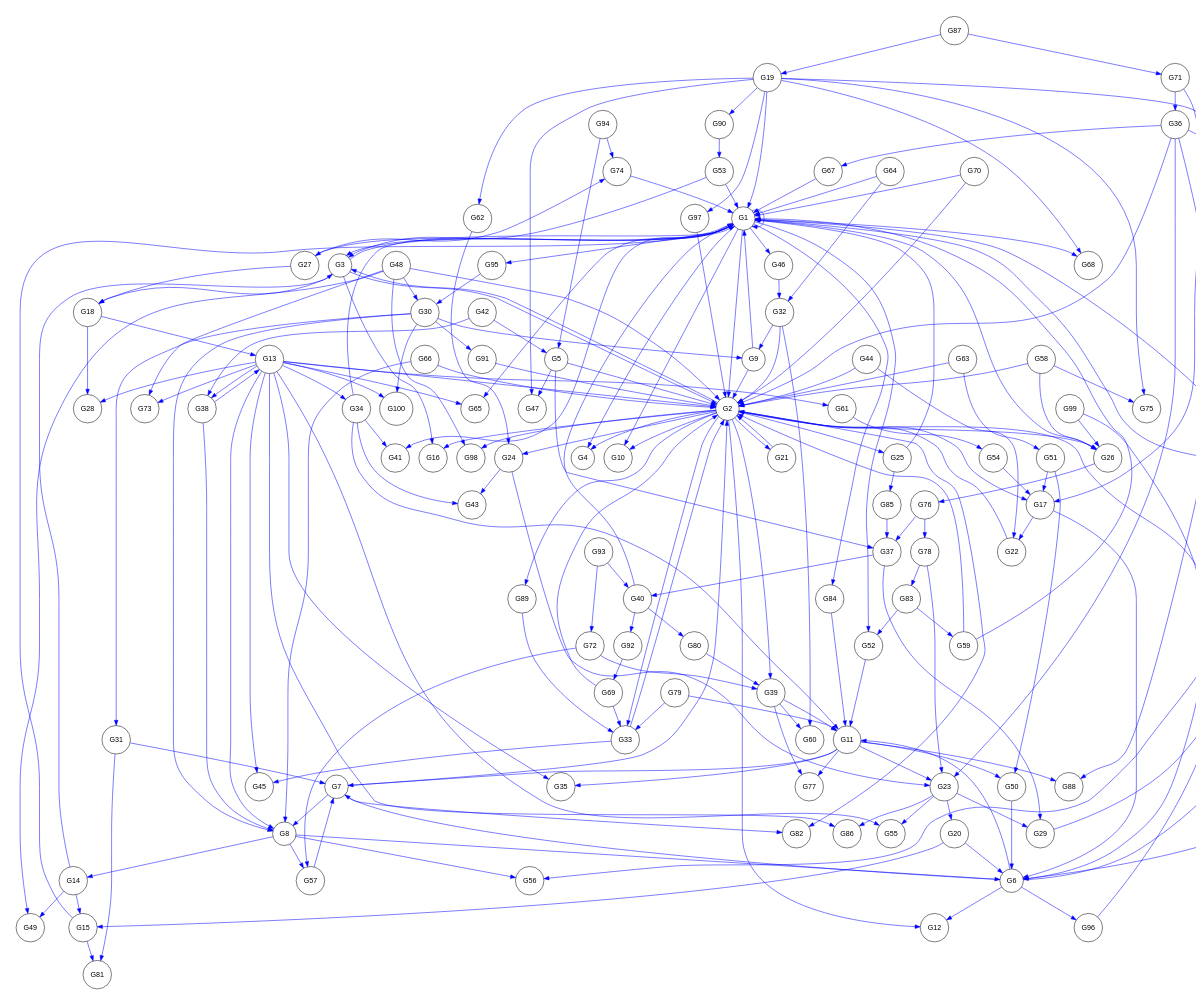
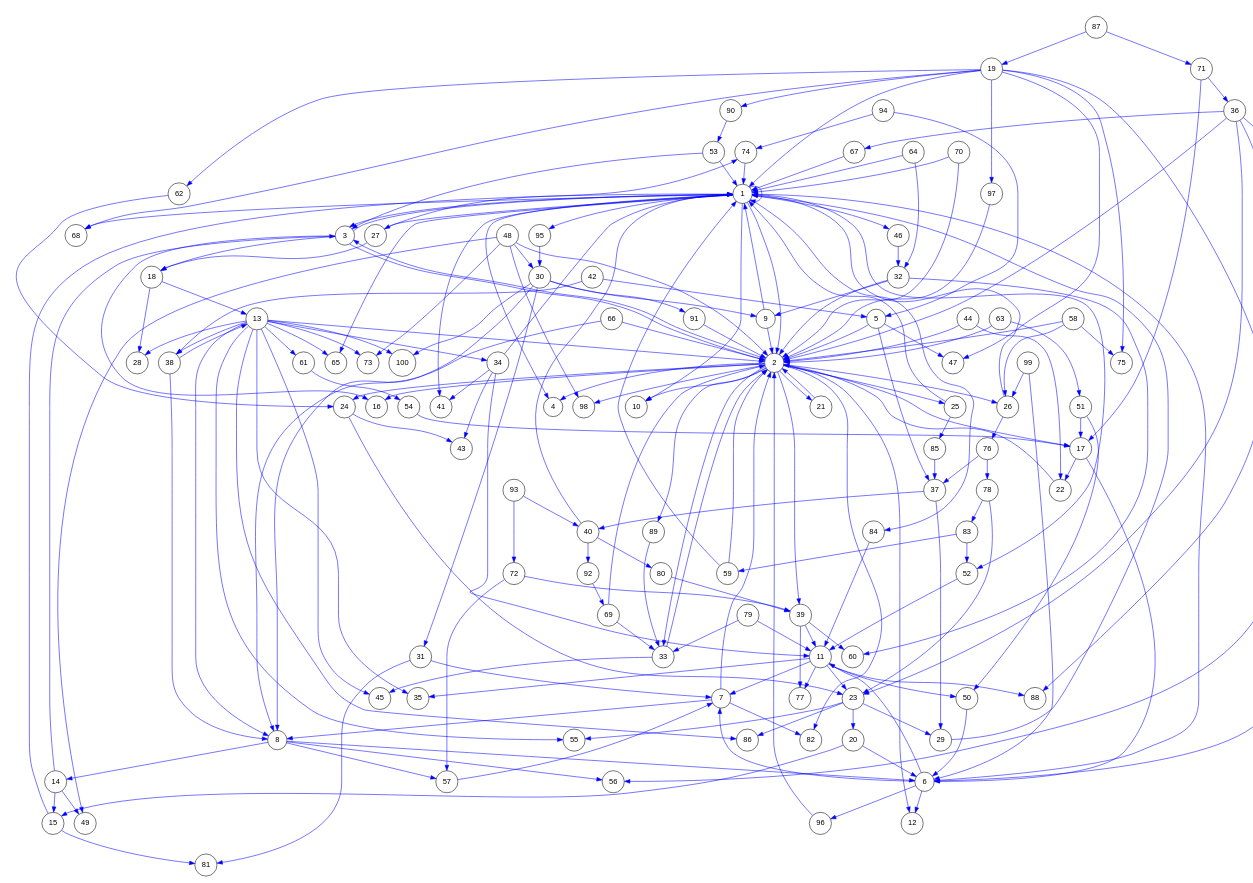
The diagram in examples/Neuron_networks_II/network100-200_sf.dot (copasi/model_replicator), drawn with Graphviz before and after one commit.

Commit message:
fixed node names

```diff
--- a/examples/Neuron_networks_II/network100-200_sf.dot
+++ b/examples/Neuron_networks_II/network100-200_sf.dot
@@ -2,11 +2,11 @@
 	graph
 	[
 		center="true"
-		overlap="false"
-		Damping=0.999
-		maxiter=1000000
+		overlap="voronoi"
+		Damping=0.9999
+		maxiter=100000000
 		splines="true"
-		epsilon=0.0000001
+		epsilon=0.00000001
 		ratio="auto"
 		size=5
 		resolution=100
@@ -18,6 +18,7 @@
 		fontsize=14
 		fontname="Arial"
 		shape="circle"
+		size=0.6
 	]
 
 	edge
@@ -25,206 +26,207 @@
 		fontsize=9
 		color="blue"
 		arrowhead="normal"
+		len=0.1
 	]
 
-	G74 -> G1
-	G67 -> G1
-	G59 -> G1
-	G9 -> G1
-	G15 -> G1
-	G40 -> G1
-	G25 -> G1
-	G26 -> G1
-	G29 -> G1
-	G19 -> G1
-	G53 -> G1
-	G6 -> G1
-	G64 -> G1
-	G3 -> G1
-	G70 -> G1
-	G1 -> G1
-	G34 -> G1
-	G97 -> G2
-	G96 -> G2
-	G5 -> G2
-	G69 -> G2
-	G59 -> G2
-	G13 -> G2
-	G58 -> G2
-	G22 -> G2
-	G32 -> G2
-	G48 -> G2
-	G44 -> G2
-	G36 -> G2
-	G33 -> G2
-	G21 -> G2
-	G9 -> G2
-	G63 -> G2
-	G66 -> G2
-	G7 -> G2
-	G70 -> G2
-	G91 -> G2
-	G3 -> G2
-	G1 -> G2
-	G1 -> G3
-	G2 -> G3
-	G14 -> G3
-	G53 -> G3
-	G2 -> G4
-	G1 -> G4
-	G42 -> G5
-	G94 -> G5
-	G8 -> G6
-	G99 -> G6
-	G19 -> G6
-	G50 -> G6
-	G20 -> G6
-	G17 -> G6
-	G6 -> G7
-	G11 -> G7
-	G31 -> G7
-	G57 -> G7
-	G38 -> G8
-	G66 -> G8
-	G30 -> G8
-	G13 -> G8
-	G7 -> G8
-	G30 -> G9
-	G32 -> G9
-	G2 -> G10
-	G1 -> G10
-	G84 -> G11
-	G34 -> G11
-	G39 -> G11
-	G79 -> G11
-	G52 -> G11
-	G6 -> G11
-	G6 -> G12
-	G2 -> G12
-	G38 -> G13
-	G18 -> G13
-	G8 -> G14
-	G14 -> G15
-	G20 -> G15
-	G2 -> G16
-	G3 -> G16
-	G54 -> G17
-	G51 -> G17
-	G2 -> G17
-	G71 -> G17
-	G3 -> G18
-	G27 -> G18
-	G87 -> G19
-	G23 -> G20
-	G2 -> G21
-	G44 -> G22
-	G17 -> G22
-	G11 -> G23
-	G24 -> G23
-	G36 -> G23
-	G78 -> G23
-	G62 -> G24
-	G2 -> G24
-	G2 -> G25
-	G2 -> G26
-	G58 -> G26
-	G99 -> G26
-	G1 -> G27
-	G13 -> G28
-	G18 -> G28
-	G23 -> G29
-	G37 -> G29
-	G48 -> G30
-	G95 -> G30
-	G30 -> G31
-	G46 -> G32
-	G64 -> G32
-	G2 -> G33
-	G69 -> G33
-	G89 -> G33
-	G79 -> G33
-	G13 -> G34
-	G13 -> G35
-	G11 -> G35
-	G71 -> G36
-	G5 -> G37
-	G76 -> G37
-	G85 -> G37
-	G13 -> G38
-	G42 -> G38
-	G2 -> G39
-	G72 -> G39
-	G80 -> G39
-	G93 -> G40
-	G37 -> G40
-	G34 -> G41
-	G1 -> G41
-	G34 -> G43
-	G24 -> G43
-	G33 -> G45
-	G13 -> G45
-	G1 -> G46
-	G19 -> G47
-	G5 -> G47
-	G14 -> G49
-	G48 -> G49
-	G11 -> G50
-	G51 -> G50
-	G63 -> G51
-	G1 -> G52
-	G83 -> G52
-	G90 -> G53
-	G61 -> G54
-	G13 -> G55
-	G23 -> G55
-	G36 -> G56
-	G8 -> G56
-	G8 -> G57
-	G72 -> G57
-	G83 -> G59
-	G39 -> G60
-	G32 -> G60
-	G13 -> G61
-	G19 -> G62
-	G1 -> G65
-	G13 -> G65
-	G36 -> G67
-	G1 -> G68
-	G19 -> G68
-	G92 -> G69
-	G87 -> G71
-	G93 -> G72
-	G13 -> G73
-	G48 -> G73
-	G27 -> G74
-	G94 -> G74
-	G19 -> G75
-	G58 -> G75
-	G26 -> G76
-	G11 -> G77
-	G39 -> G77
-	G76 -> G78
-	G40 -> G80
-	G15 -> G81
-	G31 -> G81
-	G2 -> G82
-	G7 -> G82
-	G78 -> G83
-	G1 -> G84
-	G25 -> G85
-	G23 -> G86
-	G13 -> G86
-	G36 -> G88
-	G11 -> G88
-	G2 -> G89
-	G19 -> G90
-	G30 -> G91
-	G40 -> G92
-	G1 -> G95
-	G6 -> G96
-	G19 -> G97
-	G48 -> G98
-	G2 -> G98
-	G13 -> G100
-	G30 -> G100
+	74 -> 1
+	67 -> 1
+	64 -> 1
+	3 -> 1
+	70 -> 1
+	1 -> 1
+	34 -> 1
+	59 -> 1
+	9 -> 1
+	15 -> 1
+	40 -> 1
+	25 -> 1
+	26 -> 1
+	29 -> 1
+	19 -> 1
+	53 -> 1
+	6 -> 1
+	97 -> 2
+	96 -> 2
+	5 -> 2
+	69 -> 2
+	59 -> 2
+	13 -> 2
+	58 -> 2
+	22 -> 2
+	32 -> 2
+	48 -> 2
+	44 -> 2
+	36 -> 2
+	33 -> 2
+	21 -> 2
+	9 -> 2
+	63 -> 2
+	66 -> 2
+	7 -> 2
+	70 -> 2
+	91 -> 2
+	3 -> 2
+	1 -> 2
+	1 -> 3
+	2 -> 3
+	14 -> 3
+	53 -> 3
+	2 -> 4
+	1 -> 4
+	42 -> 5
+	94 -> 5
+	8 -> 6
+	99 -> 6
+	19 -> 6
+	50 -> 6
+	20 -> 6
+	17 -> 6
+	6 -> 7
+	11 -> 7
+	31 -> 7
+	57 -> 7
+	38 -> 8
+	66 -> 8
+	30 -> 8
+	13 -> 8
+	7 -> 8
+	30 -> 9
+	32 -> 9
+	2 -> 10
+	1 -> 10
+	84 -> 11
+	34 -> 11
+	39 -> 11
+	79 -> 11
+	52 -> 11
+	6 -> 11
+	6 -> 12
+	2 -> 12
+	38 -> 13
+	18 -> 13
+	8 -> 14
+	14 -> 15
+	20 -> 15
+	2 -> 16
+	3 -> 16
+	54 -> 17
+	51 -> 17
+	2 -> 17
+	71 -> 17
+	3 -> 18
+	27 -> 18
+	87 -> 19
+	23 -> 20
+	2 -> 21
+	44 -> 22
+	17 -> 22
+	11 -> 23
+	24 -> 23
+	36 -> 23
+	78 -> 23
+	62 -> 24
+	2 -> 24
+	2 -> 25
+	2 -> 26
+	58 -> 26
+	99 -> 26
+	1 -> 27
+	13 -> 28
+	18 -> 28
+	23 -> 29
+	37 -> 29
+	48 -> 30
+	95 -> 30
+	30 -> 31
+	46 -> 32
+	64 -> 32
+	2 -> 33
+	69 -> 33
+	89 -> 33
+	79 -> 33
+	13 -> 34
+	13 -> 35
+	11 -> 35
+	71 -> 36
+	5 -> 37
+	76 -> 37
+	85 -> 37
+	13 -> 38
+	42 -> 38
+	2 -> 39
+	72 -> 39
+	80 -> 39
+	93 -> 40
+	37 -> 40
+	34 -> 41
+	1 -> 41
+	34 -> 43
+	24 -> 43
+	33 -> 45
+	13 -> 45
+	1 -> 46
+	19 -> 47
+	5 -> 47
+	14 -> 49
+	48 -> 49
+	11 -> 50
+	51 -> 50
+	63 -> 51
+	1 -> 52
+	83 -> 52
+	90 -> 53
+	61 -> 54
+	13 -> 55
+	23 -> 55
+	36 -> 56
+	8 -> 56
+	8 -> 57
+	72 -> 57
+	83 -> 59
+	39 -> 60
+	32 -> 60
+	13 -> 61
+	19 -> 62
+	1 -> 65
+	13 -> 65
+	36 -> 67
+	1 -> 68
+	19 -> 68
+	92 -> 69
+	87 -> 71
+	93 -> 72
+	13 -> 73
+	48 -> 73
+	27 -> 74
+	94 -> 74
+	19 -> 75
+	58 -> 75
+	26 -> 76
+	11 -> 77
+	39 -> 77
+	76 -> 78
+	40 -> 80
+	15 -> 81
+	31 -> 81
+	2 -> 82
+	7 -> 82
+	78 -> 83
+	1 -> 84
+	25 -> 85
+	23 -> 86
+	13 -> 86
+	36 -> 88
+	11 -> 88
+	2 -> 89
+	19 -> 90
+	30 -> 91
+	40 -> 92
+	1 -> 95
+	6 -> 96
+	19 -> 97
+	48 -> 98
+	2 -> 98
+	13 -> 100
+	30 -> 100
 }
```
